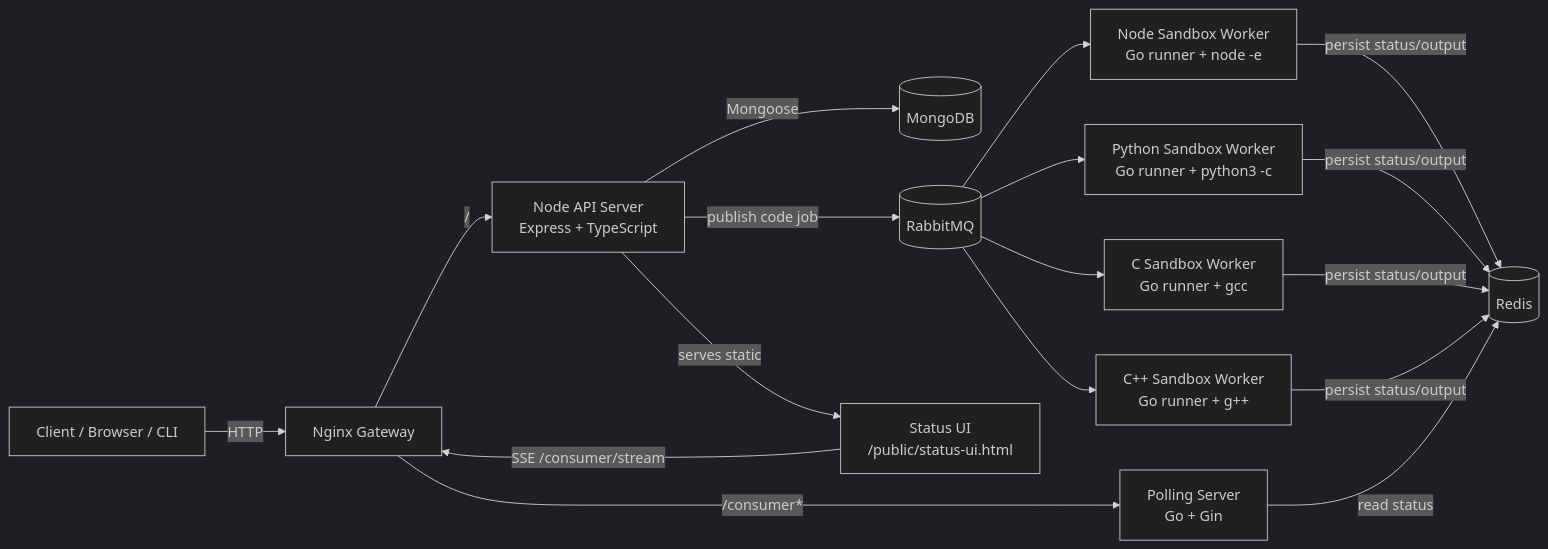
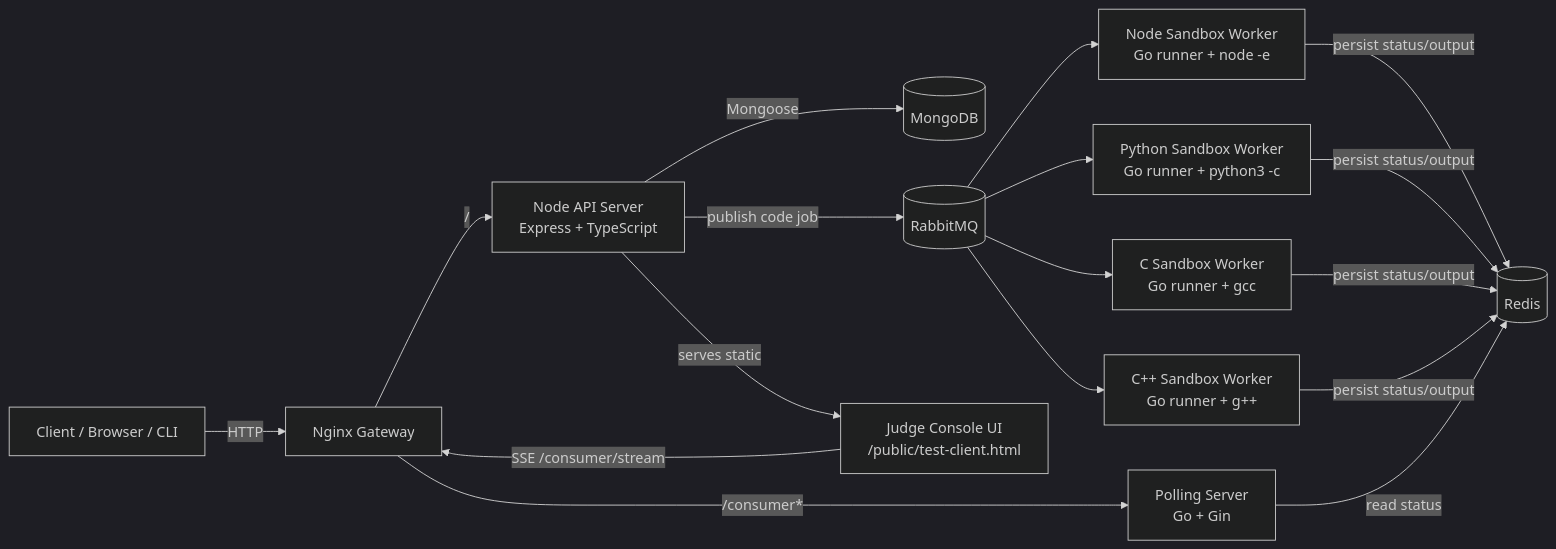
The first of 2 diagrams in README.md (priyansh32/opencodelab), drawn with Mermaid (dark theme) before and after one commit. The commit also changed other lines of this file and 6 other files, not shown here.

Commit message:
feat: replace legacy client UIs with unified test client

````diff
--- a/README.md
+++ b/README.md
@@ -51,32 +51,32 @@
 ```mermaid
 flowchart LR
     Client[Client / Browser / CLI]
     Nginx[Nginx Gateway]
     API[Node API Server\nExpress + TypeScript]
     Mongo[(MongoDB)]
     MQ[(RabbitMQ)]
     NodeWorker[Node Sandbox Worker\nGo runner + node -e]
     PyWorker[Python Sandbox Worker\nGo runner + python3 -c]
     CWorker[C Sandbox Worker\nGo runner + gcc]
     CppWorker[C++ Sandbox Worker\nGo runner + g++]
     Redis[(Redis)]
     Polling[Polling Server\nGo + Gin]
-    UI[Status UI\n/public/status-ui.html]
+    UI[Judge Console UI\n/public/test-client.html]
 
     Client -->|HTTP| Nginx
     Nginx -->|/| API
     Nginx -->|/consumer*| Polling
     API -->|Mongoose| Mongo
     API -->|publish code job| MQ
     MQ --> NodeWorker
     MQ --> PyWorker
     MQ --> CWorker
     MQ --> CppWorker
     NodeWorker -->|persist status/output| Redis
     PyWorker -->|persist status/output| Redis
     CWorker -->|persist status/output| Redis
     CppWorker -->|persist status/output| Redis
     Polling -->|read status| Redis
     API -->|serves static| UI
     UI -->|SSE /consumer/stream| Nginx
 ```
````
